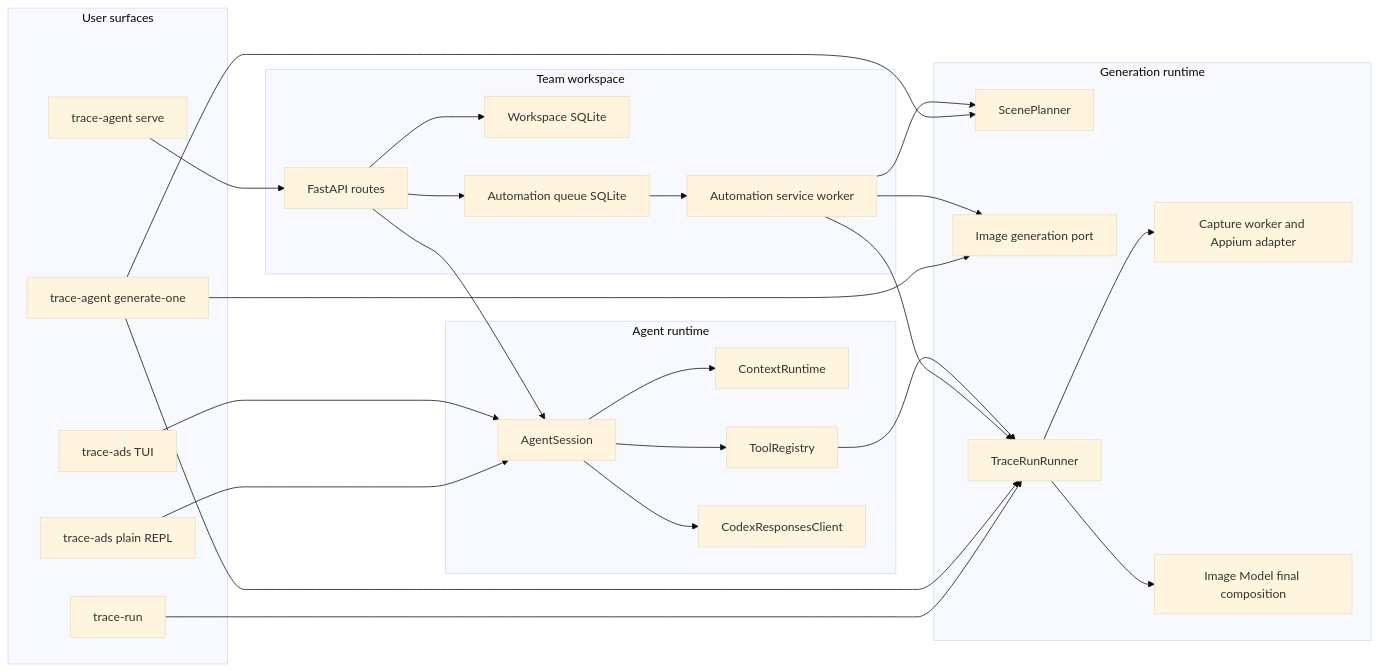
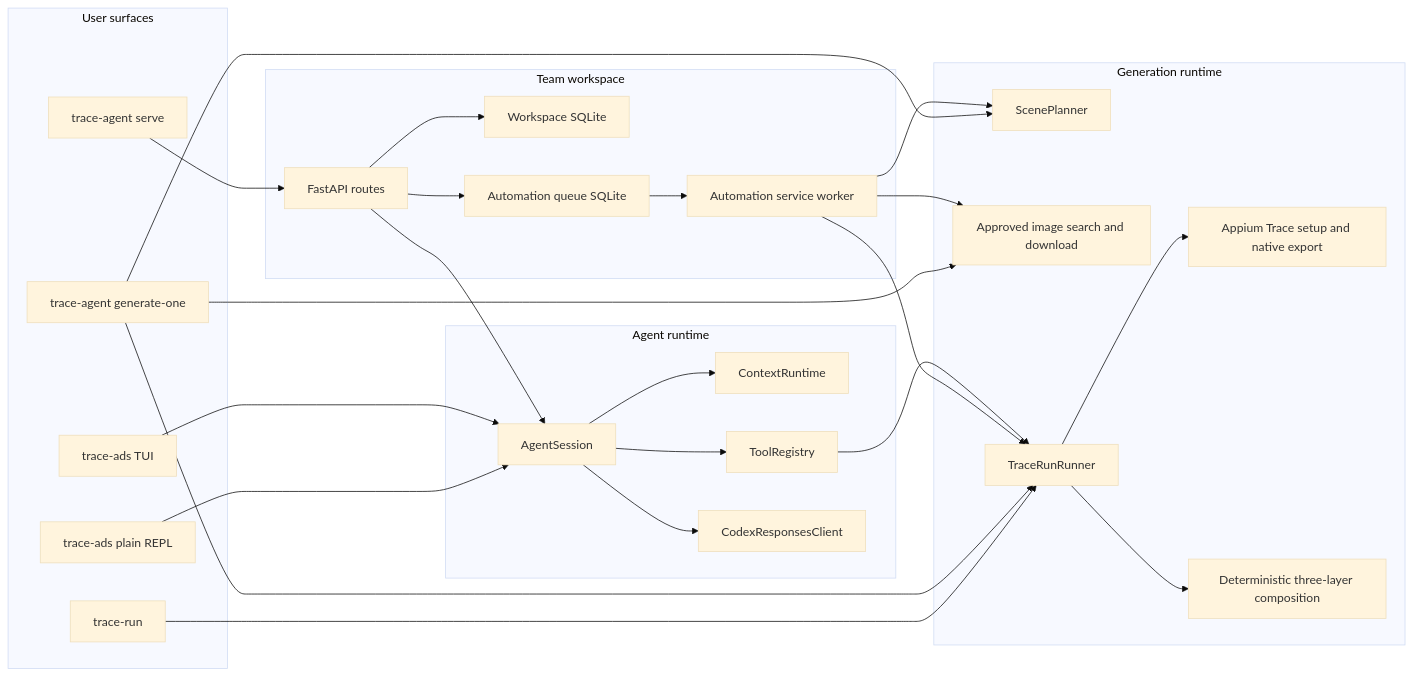
One commit to corca-ai/ads-booster changed the diagram in docs/architecture/system.md. Above: the diagram before and after it, drawn with Mermaid (base theme). The commit also changed other lines of this file and 3 other files, not shown here.

Commit message:
docs: describe fresh Trace marketing capture (#19)

````diff
--- a/docs/architecture/system.md
+++ b/docs/architecture/system.md
@@ -37,55 +37,55 @@
 ```mermaid
 flowchart LR
     subgraph Surfaces[User surfaces]
         TUI[trace-ads TUI]
         REPL[trace-ads plain REPL]
         WEB[trace-agent serve]
         ONE[trace-agent generate-one]
         RUN[trace-run]
     end
 
     subgraph Agent[Agent runtime]
         SESSION[AgentSession]
         CONTEXT[ContextRuntime]
         TOOLS[ToolRegistry]
         PROVIDER[CodexResponsesClient]
     end
 
     subgraph Workspace[Team workspace]
         API[FastAPI routes]
         WSTORE[Workspace SQLite]
         QUEUE[Automation queue SQLite]
         WORKER[Automation service worker]
     end
 
     subgraph Generation[Generation runtime]
         PLANNER[ScenePlanner]
-        IMAGE[Image generation port]
+        SEARCH[Approved image search and download]
         TRACERUN[TraceRunRunner]
-        CAPTURE[Capture worker and Appium adapter]
-        COMPOSE[Image Model final composition]
+        CAPTURE[Appium Trace setup and native export]
+        COMPOSE[Deterministic three-layer composition]
     end
 
     TUI --> SESSION
     REPL --> SESSION
     SESSION --> CONTEXT
     SESSION --> PROVIDER
     SESSION --> TOOLS
     TOOLS --> TRACERUN
 
     WEB --> API
     API --> WSTORE
     API --> QUEUE
     API --> SESSION
     QUEUE --> WORKER
     WORKER --> PLANNER
-    WORKER --> IMAGE
+    WORKER --> SEARCH
     WORKER --> TRACERUN
 
     ONE --> PLANNER
-    ONE --> IMAGE
+    ONE --> SEARCH
     ONE --> TRACERUN
     RUN --> TRACERUN
     TRACERUN --> CAPTURE
     TRACERUN --> COMPOSE
 ```
````
